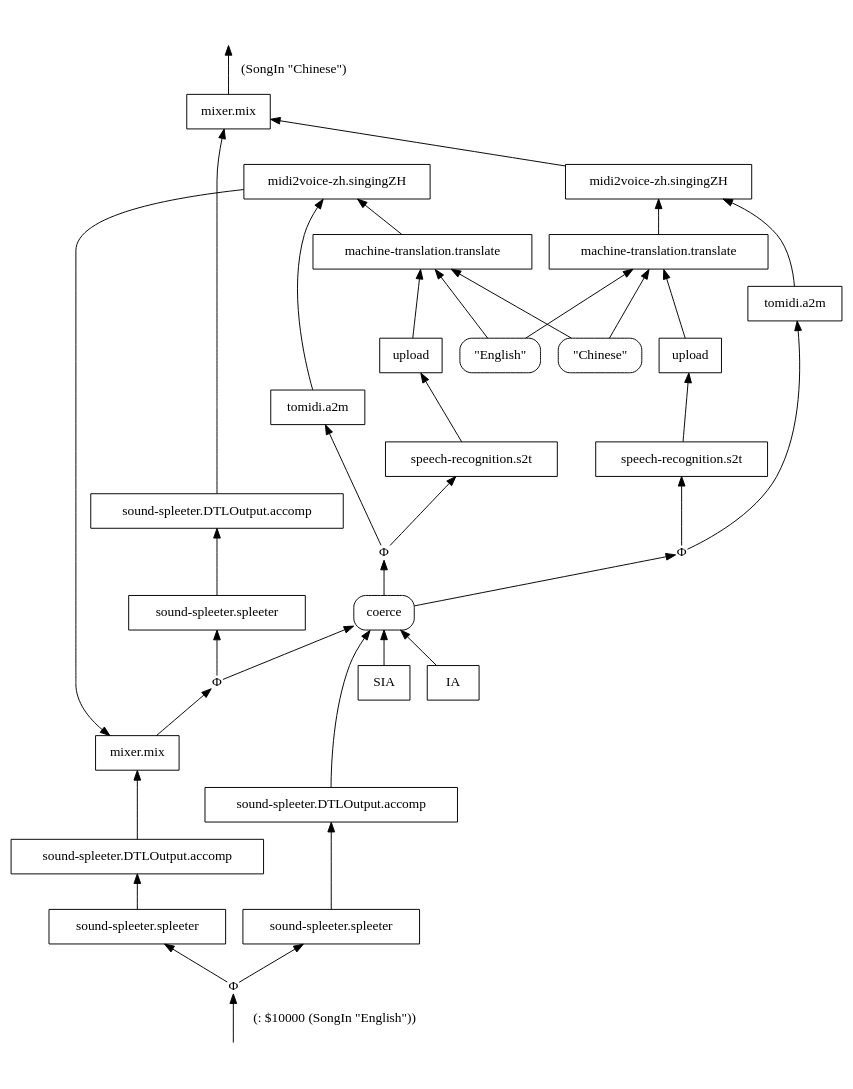
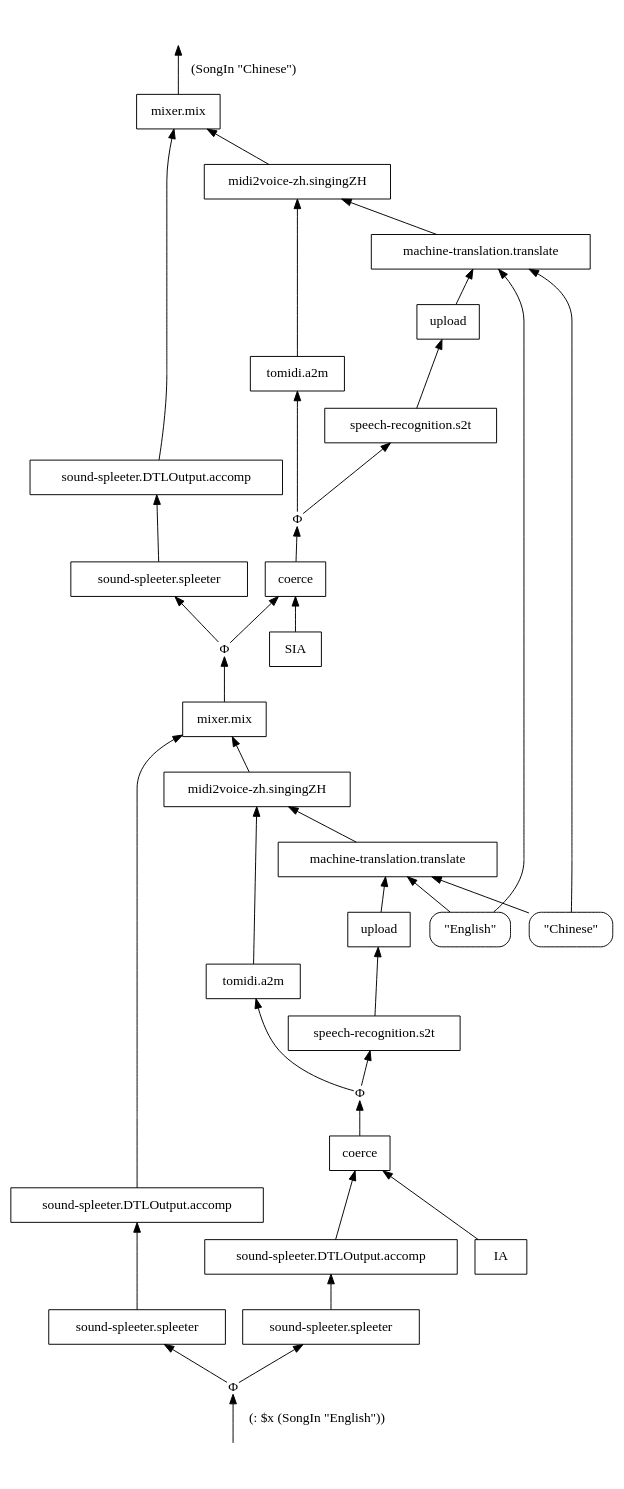
The diagram in experimental/ai-service-composition/english-to-chinese-song/dots/cnd-5.dot (singnet/ai-dsl), drawn with Graphviz before and after one commit. The commit also changed 5 other files, not shown here.

```diff
--- a/experimental/ai-service-composition/english-to-chinese-song/dots/cnd-5.dot
+++ b/experimental/ai-service-composition/english-to-chinese-song/dots/cnd-5.dot
@@ -1,72 +1,72 @@
 digraph Flowchart {
 rankdir=BT
 
 "__IN__0" [label="", shape=none]
 "__OUT__0" [label="", shape=none]
-"Φ1002" [label="Φ", shape=plain]
-"mixer.mix3" [label="mixer.mix", shape=box]
-"sound-spleeter.DTLOutput.accomp13" [label="sound-spleeter.DTLOutput.accomp", shape=box]
-"sound-spleeter.spleeter22" [label="sound-spleeter.spleeter", shape=box]
-"Φ1103" [label="Φ", shape=plain]
-"midi2voice-zh.singingZH104" [label="midi2voice-zh.singingZH", shape=box]
-"machine-translation.translate115" [label="machine-translation.translate", shape=box]
+"Φ526563" [label="Φ", shape=plain]
+"mixer.mix38976" [label="mixer.mix", shape=box]
+"sound-spleeter.DTLOutput.accomp589978" [label="sound-spleeter.DTLOutput.accomp", shape=box]
+"sound-spleeter.spleeter510105" [label="sound-spleeter.spleeter", shape=box]
+"Φ64544" [label="Φ", shape=plain]
+"midi2voice-zh.singingZH218191" [label="midi2voice-zh.singingZH", shape=box]
+"machine-translation.translate122445" [label="machine-translation.translate", shape=box]
 "English" [label="\"English\"", shape=box, style=rounded]
 "Chinese" [label="\"Chinese\"", shape=box, style=rounded]
-"upload124" [label="upload", shape=box]
-"speech-recognition.s2t133" [label="speech-recognition.s2t", shape=box]
-"tomidi.a2m203" [label="tomidi.a2m", shape=box]
-coerce [label="coerce", shape=box, style=rounded]
-"SIA122" [label="SIA", shape=box]
-"Φ1011" [label="Φ", shape=plain]
-"mixer.mix12" [label="mixer.mix", shape=box]
-"sound-spleeter.DTLOutput.accomp22" [label="sound-spleeter.DTLOutput.accomp", shape=box]
-"sound-spleeter.spleeter31" [label="sound-spleeter.spleeter", shape=box]
-"Φ1112" [label="Φ", shape=plain]
-"midi2voice-zh.singingZH113" [label="midi2voice-zh.singingZH", shape=box]
-"machine-translation.translate124" [label="machine-translation.translate", shape=box]
+"upload131735" [label="upload", shape=box]
+"speech-recognition.s2t630217" [label="speech-recognition.s2t", shape=box]
+"tomidi.a2m609996" [label="tomidi.a2m", shape=box]
+"coerce911616" [label="coerce", shape=box]
+"SIA395664" [label="SIA", shape=box]
+"Φ593336" [label="Φ", shape=plain]
+"mixer.mix428896" [label="mixer.mix", shape=box]
+"sound-spleeter.DTLOutput.accomp268687" [label="sound-spleeter.DTLOutput.accomp", shape=box]
+"sound-spleeter.spleeter150919" [label="sound-spleeter.spleeter", shape=box]
+"Φ186875" [label="Φ", shape=plain]
+"midi2voice-zh.singingZH891566" [label="midi2voice-zh.singingZH", shape=box]
+"machine-translation.translate879815" [label="machine-translation.translate", shape=box]
 "English" [label="\"English\"", shape=box, style=rounded]
 "Chinese" [label="\"Chinese\"", shape=box, style=rounded]
-"upload133" [label="upload", shape=box]
-"speech-recognition.s2t142" [label="speech-recognition.s2t", shape=box]
-"tomidi.a2m212" [label="tomidi.a2m", shape=box]
-coerce [label="coerce", shape=box, style=rounded]
-"IA132" [label="IA", shape=box]
-"sound-spleeter.DTLOutput.accomp132" [label="sound-spleeter.DTLOutput.accomp", shape=box]
-"sound-spleeter.spleeter141" [label="sound-spleeter.spleeter", shape=box]
+"upload686493" [label="upload", shape=box]
+"speech-recognition.s2t408136" [label="speech-recognition.s2t", shape=box]
+"tomidi.a2m821115" [label="tomidi.a2m", shape=box]
+"coerce752843" [label="coerce", shape=box]
+"IA576426" [label="IA", shape=box]
+"sound-spleeter.DTLOutput.accomp704635" [label="sound-spleeter.DTLOutput.accomp", shape=box]
+"sound-spleeter.spleeter118389" [label="sound-spleeter.spleeter", shape=box]
 
-"__IN__0" -> "Φ1011" [label="(: $10000 (SongIn \"English\"))"]
-"mixer.mix3" -> "__OUT__0" [label="(SongIn \"Chinese\")"]
-"mixer.mix12" -> "Φ1002" []
-"Φ1002" -> "sound-spleeter.spleeter22" []
-"Φ1002" -> coerce []
-"sound-spleeter.DTLOutput.accomp13" -> "mixer.mix3" []
-"midi2voice-zh.singingZH104" -> "mixer.mix3" []
-"sound-spleeter.spleeter22" -> "sound-spleeter.DTLOutput.accomp13" []
-coerce -> "Φ1103" []
-"Φ1103" -> "speech-recognition.s2t133" []
-"Φ1103" -> "tomidi.a2m203" []
-"machine-translation.translate115" -> "midi2voice-zh.singingZH104" []
-"tomidi.a2m203" -> "midi2voice-zh.singingZH104" []
-"upload124" -> "machine-translation.translate115" []
-"English" -> "machine-translation.translate115" []
-"Chinese" -> "machine-translation.translate115" []
-"speech-recognition.s2t133" -> "upload124" []
-"SIA122" -> coerce []
-"Φ1011" -> "sound-spleeter.spleeter31" []
-"Φ1011" -> "sound-spleeter.spleeter141" []
-"sound-spleeter.DTLOutput.accomp22" -> "mixer.mix12" []
-"midi2voice-zh.singingZH113" -> "mixer.mix12" []
-"sound-spleeter.spleeter31" -> "sound-spleeter.DTLOutput.accomp22" []
-coerce -> "Φ1112" []
-"Φ1112" -> "speech-recognition.s2t142" []
-"Φ1112" -> "tomidi.a2m212" []
-"machine-translation.translate124" -> "midi2voice-zh.singingZH113" []
-"tomidi.a2m212" -> "midi2voice-zh.singingZH113" []
-"upload133" -> "machine-translation.translate124" []
-"English" -> "machine-translation.translate124" []
-"Chinese" -> "machine-translation.translate124" []
-"speech-recognition.s2t142" -> "upload133" []
-"sound-spleeter.DTLOutput.accomp132" -> coerce []
-"IA132" -> coerce []
-"sound-spleeter.spleeter141" -> "sound-spleeter.DTLOutput.accomp132" []
+"__IN__0" -> "Φ593336" [label="(: $x (SongIn \"English\"))"]
+"mixer.mix38976" -> "__OUT__0" [label="(SongIn \"Chinese\")"]
+"mixer.mix428896" -> "Φ526563" []
+"Φ526563" -> "sound-spleeter.spleeter510105" []
+"Φ526563" -> "coerce911616" []
+"sound-spleeter.DTLOutput.accomp589978" -> "mixer.mix38976" []
+"midi2voice-zh.singingZH218191" -> "mixer.mix38976" []
+"sound-spleeter.spleeter510105" -> "sound-spleeter.DTLOutput.accomp589978" []
+"coerce911616" -> "Φ64544" []
+"Φ64544" -> "speech-recognition.s2t630217" []
+"Φ64544" -> "tomidi.a2m609996" []
+"machine-translation.translate122445" -> "midi2voice-zh.singingZH218191" []
+"tomidi.a2m609996" -> "midi2voice-zh.singingZH218191" []
+"upload131735" -> "machine-translation.translate122445" []
+"English" -> "machine-translation.translate122445" []
+"Chinese" -> "machine-translation.translate122445" []
+"speech-recognition.s2t630217" -> "upload131735" []
+"SIA395664" -> "coerce911616" []
+"Φ593336" -> "sound-spleeter.spleeter150919" []
+"Φ593336" -> "sound-spleeter.spleeter118389" []
+"sound-spleeter.DTLOutput.accomp268687" -> "mixer.mix428896" []
+"midi2voice-zh.singingZH891566" -> "mixer.mix428896" []
+"sound-spleeter.spleeter150919" -> "sound-spleeter.DTLOutput.accomp268687" []
+"coerce752843" -> "Φ186875" []
+"Φ186875" -> "speech-recognition.s2t408136" []
+"Φ186875" -> "tomidi.a2m821115" []
+"machine-translation.translate879815" -> "midi2voice-zh.singingZH891566" []
+"tomidi.a2m821115" -> "midi2voice-zh.singingZH891566" []
+"upload686493" -> "machine-translation.translate879815" []
+"English" -> "machine-translation.translate879815" []
+"Chinese" -> "machine-translation.translate879815" []
+"speech-recognition.s2t408136" -> "upload686493" []
+"sound-spleeter.DTLOutput.accomp704635" -> "coerce752843" []
+"IA576426" -> "coerce752843" []
+"sound-spleeter.spleeter118389" -> "sound-spleeter.DTLOutput.accomp704635" []
 }
```
